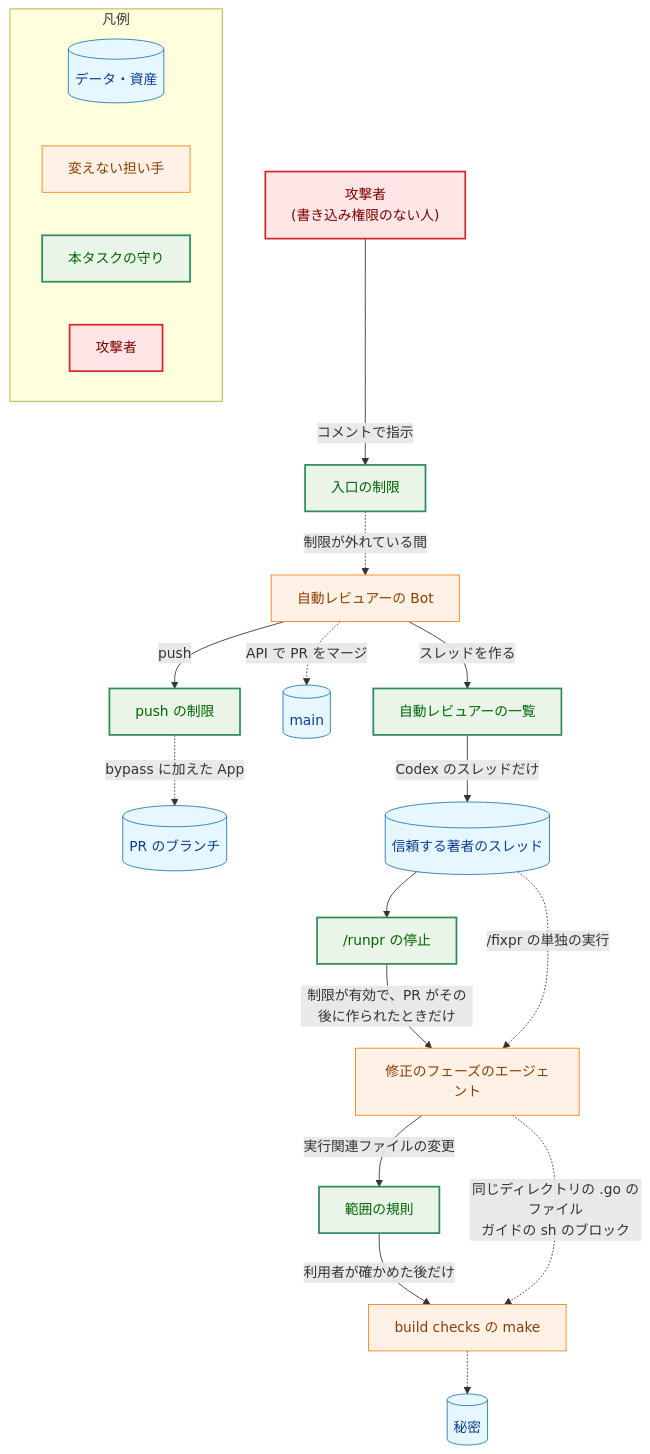
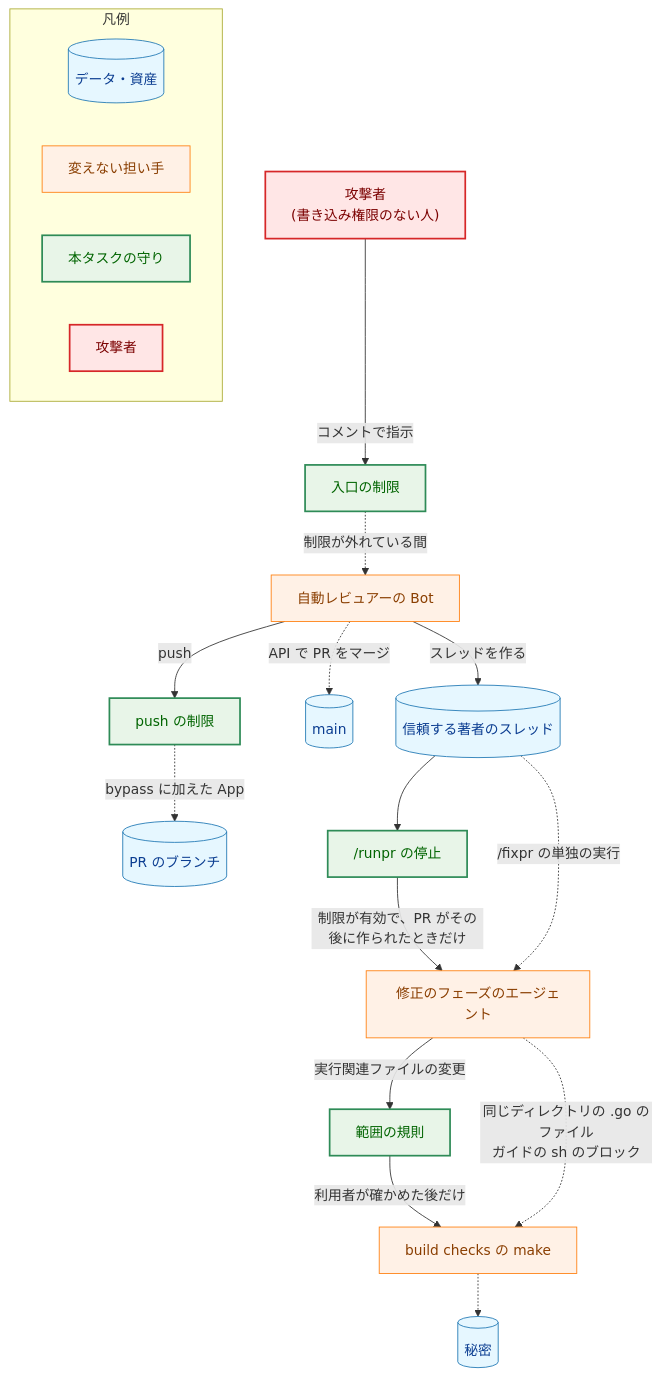
One commit to isseis/yt2column changed the fourth of 5 diagrams in docs/tasks/0057_reviewer_relay_guard/02_architecture.md. Above: the diagram before and after it, drawn with Mermaid. The commit also changed other lines of this file and 2 other files, not shown here.

````diff
--- a/docs/tasks/0057_reviewer_relay_guard/02_architecture.md
+++ b/docs/tasks/0057_reviewer_relay_guard/02_architecture.md
@@ -652,52 +638,50 @@
 ```mermaid
 flowchart TD
     classDef data fill:#e6f7ff,stroke:#1f77b4,stroke-width:1px,color:#0b3d91;
     classDef process fill:#fff1e6,stroke:#ff7f0e,stroke-width:1px,color:#8a3e00;
     classDef enhanced fill:#e8f5e8,stroke:#2e8b57,stroke-width:2px,color:#006400;
     classDef problem fill:#ffe6e6,stroke:#d62728,stroke-width:2px,color:#7b0000;
 
     ATT["攻撃者<br>(書き込み権限のない人)"]
     D1["入口の制限"]
     BOTS["自動レビュアーの Bot"]
     D2["push の制限"]
     BR[("PR のブランチ")]
     MAINB[("main")]
-    D3["自動レビュアーの一覧"]
     TT[("信頼する著者のスレッド")]
     AG["修正のフェーズのエージェント"]
     D4["範囲の規則"]
     D5["/runpr の停止"]
     MK["build checks の make"]
     SEC[("秘密")]
 
     ATT -->|"コメントで指示"| D1
     D1 -.->|"制限が外れている間"| BOTS
     BOTS -->|"push"| D2
     D2 -.->|"bypass に加えた App"| BR
     BOTS -.->|"API で PR をマージ"| MAINB
-    BOTS -->|"スレッドを作る"| D3
-    D3 -->|"Codex のスレッドだけ"| TT
+    BOTS -->|"スレッドを作る"| TT
     TT --> D5
     D5 -->|"制限が有効で、PR がその後に作られたときだけ"| AG
     TT -.->|"/fixpr の単独の実行"| AG
     AG -->|"実行関連ファイルの変更"| D4
     D4 -->|"利用者が確かめた後だけ"| MK
     AG -.->|"同じディレクトリの .go のファイル<br>ガイドの sh のブロック"| MK
     MK -.-> SEC
 
     class ATT problem
     class BOTS,AG,MK process
     class BR,MAINB,TT,SEC data
-    class D1,D2,D3,D4,D5 enhanced
+    class D1,D2,D4,D5 enhanced
 
     subgraph Legend["凡例"]
         LG1[("データ・資産")]
         LG2["変えない担い手"]
         LG3["本タスクの守り"]
         LG4["攻撃者"]
     end
     class LG1 data
     class LG2 process
     class LG3 enhanced
     class LG4 problem
 ```
````
